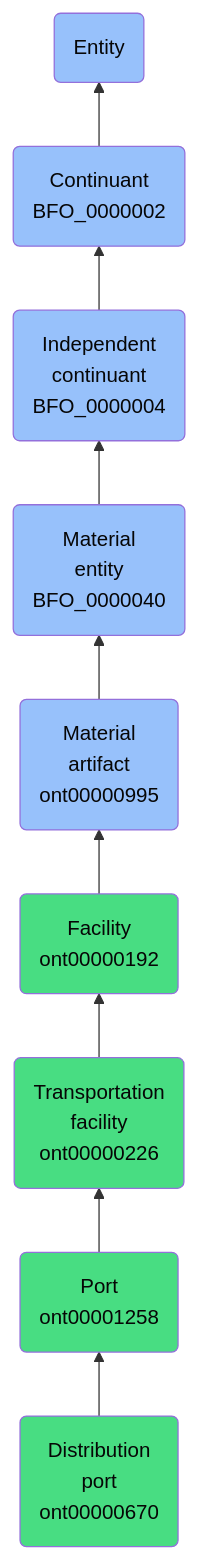
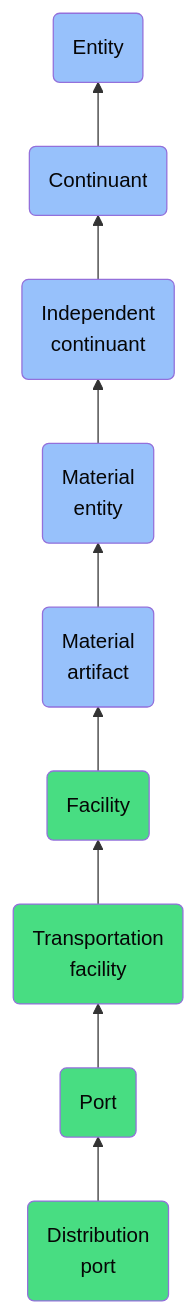
One commit to jupyter-naas/abi changed the diagram in docs/ontology/reference/model/Entity/Continuant/Independent continuant/Material entity/Material artifact/Facility/Transportation facility/Port/Distribution port/Distribution port.md. Above: the diagram before and after it, drawn with Mermaid. The commit also changed other lines of this file and 1430 other files, not shown here.

````diff
--- a/docs/ontology/reference/model/Entity/Continuant/Independent continuant/Material entity/Material artifact/Facility/Transportation facility/Port/Distribution port/Distribution port.md
+++ b/docs/ontology/reference/model/Entity/Continuant/Independent continuant/Material entity/Material artifact/Facility/Transportation facility/Port/Distribution port/Distribution port.md
@@ -24,16 +24,16 @@
 ```mermaid
 graph BT
-    ont00000670(Distribution<br>port<br>ont00000670):::ABI-->ont00001258
-    ont00001258(Port<br>ont00001258):::ABI-->ont00000226
-    ont00000226(Transportation<br>facility<br>ont00000226):::ABI-->ont00000192
-    ont00000192(Facility<br>ont00000192):::ABI-->ont00000995
-    ont00000995(Material<br>artifact<br>ont00000995):::BFO-->BFO_0000040
-    BFO_0000040(Material<br>entity<br>BFO_0000040):::BFO-->BFO_0000004
-    BFO_0000004(Independent<br>continuant<br>BFO_0000004):::BFO-->BFO_0000002
-    BFO_0000002(Continuant<br>BFO_0000002):::BFO-->BFO_0000001
+    ont00000670(Distribution<br>port):::ABI-->ont00001258
+    ont00001258(Port):::ABI-->ont00000226
+    ont00000226(Transportation<br>facility):::ABI-->ont00000192
+    ont00000192(Facility):::ABI-->ont00000995
+    ont00000995(Material<br>artifact):::BFO-->BFO_0000040
+    BFO_0000040(Material<br>entity):::BFO-->BFO_0000004
+    BFO_0000004(Independent<br>continuant):::BFO-->BFO_0000002
+    BFO_0000002(Continuant):::BFO-->BFO_0000001
     BFO_0000001(Entity):::BFO
     
     classDef BFO fill:#97c1fb,color:#060606
     classDef CCO fill:#e4c51e,color:#060606
     classDef ABI fill:#48DD82,color:#060606
 ```
````
